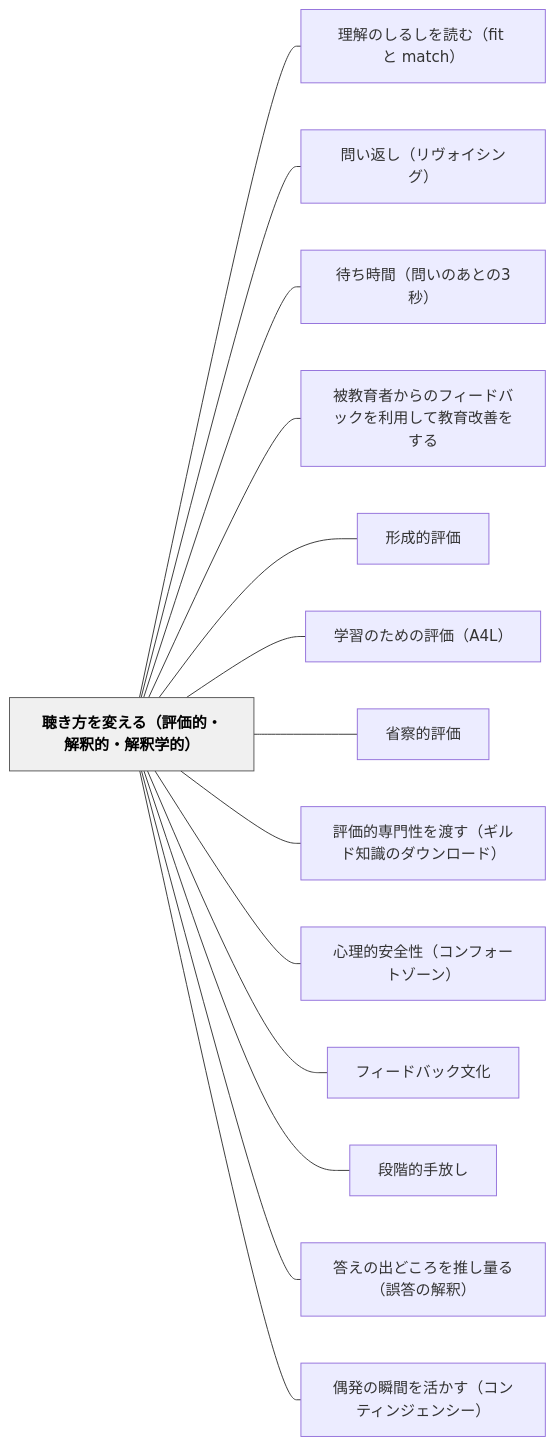
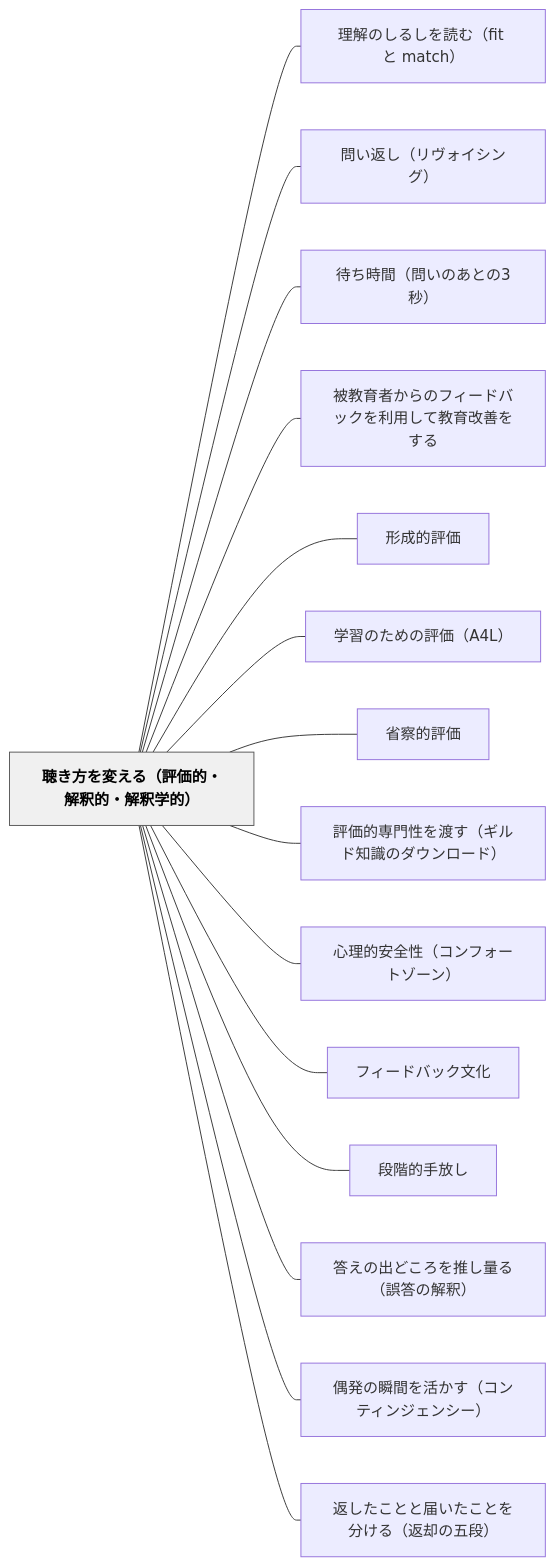
One commit to unknownthings-ed-patterns/unknownthings-ed-patterns changed the diagram in content/パタン/聴き方を変える（評価的・解釈的・解釈学的）.md. Above: the diagram before and after it, drawn with Mermaid. The commit also changed other lines of this file and 14 other files, not shown here.

````diff
--- a/content/パタン/聴き方を変える（評価的・解釈的・解釈学的）.md
+++ b/content/パタン/聴き方を変える（評価的・解釈的・解釈学的）.md
@@ -209,34 +210,36 @@
 ```mermaid
 flowchart LR
     ne881b4e3818de696b9e38292e5a489e38188e3828befbc88e8a995e4bea1e79a84e383bbe8a7a3e98788e79a84e383bbe8a7a3e98788e5ada6e79a84efbc89["聴き方を変える（評価的・解釈的・解釈学的）"]
     ne79086e8a7a3e381aee38197e3828be38197e38292e8aaade38280efbc8866697420e381a8206d61746368efbc89["理解のしるしを読む（fit と match）"]
     ne5958fe38184e8bf94e38197efbc88e383aae383b4e382a9e382a4e382b7e383b3e382b0efbc89["問い返し（リヴォイシング）"]
     ne5be85e381a1e69982e99693efbc88e5958fe38184e381aee38182e381a8e381ae33e7a792efbc89["待ち時間（問いのあとの3秒）"]
     ne8a2abe69599e882b2e88085e3818be38289e381aee38395e382a3e383bce38389e38390e38383e382afe38292e588a9e794a8e38197e381a6e69599e882b2e694b9e59684e38292e38199e3828b["被教育者からのフィードバックを利用して教育改善をする"]
     ne5bda2e68890e79a84e8a995e4bea1["形成的評価"]
     ne5ada6e7bf92e381aee3819fe38281e381aee8a995e4bea1efbc8841344cefbc89["学習のための評価（A4L）"]
     ne79c81e5af9fe79a84e8a995e4bea1["省察的評価"]
     ne8a995e4bea1e79a84e5b082e99680e680a7e38292e6b8a1e38199efbc88e382aee383abe38389e79fa5e8ad98e381aee38380e382a6e383b3e383ade383bce38389efbc89["評価的専門性を渡す（ギルド知識のダウンロード）"]
     ne5bf83e79086e79a84e5ae89e585a8e680a7efbc88e382b3e383b3e38395e382a9e383bce38388e382bee383bce383b3efbc89["心理的安全性（コンフォートゾーン）"]
     ne38395e382a3e383bce38389e38390e38383e382afe69687e58c96["フィードバック文化"]
     ne6aeb5e99a8ee79a84e6898be694bee38197["段階的手放し"]
     ne7ad94e38188e381aee587bae381a9e38193e3828de38292e68ea8e38197e9878fe3828befbc88e8aaa4e7ad94e381aee8a7a3e98788efbc89["答えの出どころを推し量る（誤答の解釈）"]
     ne581b6e799bae381aee79eace99693e38292e6b4bbe3818be38199efbc88e382b3e383b3e38386e382a3e383b3e382b8e382a7e383b3e382b7e383bcefbc89["偶発の瞬間を活かす（コンティンジェンシー）"]
+    ne8bf94e38197e3819fe38193e381a8e381a8e5b18ae38184e3819fe38193e381a8e38292e58886e38191e3828befbc88e8bf94e58db4e381aee4ba94e6aeb5efbc89["返したことと届いたことを分ける（返却の五段）"]
 
     ne881b4e3818de696b9e38292e5a489e38188e3828befbc88e8a995e4bea1e79a84e383bbe8a7a3e98788e79a84e383bbe8a7a3e98788e5ada6e79a84efbc89 --- ne79086e8a7a3e381aee38197e3828be38197e38292e8aaade38280efbc8866697420e381a8206d61746368efbc89
     ne881b4e3818de696b9e38292e5a489e38188e3828befbc88e8a995e4bea1e79a84e383bbe8a7a3e98788e79a84e383bbe8a7a3e98788e5ada6e79a84efbc89 --- ne5958fe38184e8bf94e38197efbc88e383aae383b4e382a9e382a4e382b7e383b3e382b0efbc89
     ne881b4e3818de696b9e38292e5a489e38188e3828befbc88e8a995e4bea1e79a84e383bbe8a7a3e98788e79a84e383bbe8a7a3e98788e5ada6e79a84efbc89 --- ne5be85e381a1e69982e99693efbc88e5958fe38184e381aee38182e381a8e381ae33e7a792efbc89
     ne881b4e3818de696b9e38292e5a489e38188e3828befbc88e8a995e4bea1e79a84e383bbe8a7a3e98788e79a84e383bbe8a7a3e98788e5ada6e79a84efbc89 --- ne8a2abe69599e882b2e88085e3818be38289e381aee38395e382a3e383bce38389e38390e38383e382afe38292e588a9e794a8e38197e381a6e69599e882b2e694b9e59684e38292e38199e3828b
     ne881b4e3818de696b9e38292e5a489e38188e3828befbc88e8a995e4bea1e79a84e383bbe8a7a3e98788e79a84e383bbe8a7a3e98788e5ada6e79a84efbc89 --- ne5bda2e68890e79a84e8a995e4bea1
     ne881b4e3818de696b9e38292e5a489e38188e3828befbc88e8a995e4bea1e79a84e383bbe8a7a3e98788e79a84e383bbe8a7a3e98788e5ada6e79a84efbc89 --- ne5ada6e7bf92e381aee3819fe38281e381aee8a995e4bea1efbc8841344cefbc89
     ne881b4e3818de696b9e38292e5a489e38188e3828befbc88e8a995e4bea1e79a84e383bbe8a7a3e98788e79a84e383bbe8a7a3e98788e5ada6e79a84efbc89 --- ne79c81e5af9fe79a84e8a995e4bea1
     ne881b4e3818de696b9e38292e5a489e38188e3828befbc88e8a995e4bea1e79a84e383bbe8a7a3e98788e79a84e383bbe8a7a3e98788e5ada6e79a84efbc89 --- ne8a995e4bea1e79a84e5b082e99680e680a7e38292e6b8a1e38199efbc88e382aee383abe38389e79fa5e8ad98e381aee38380e382a6e383b3e383ade383bce38389efbc89
     ne881b4e3818de696b9e38292e5a489e38188e3828befbc88e8a995e4bea1e79a84e383bbe8a7a3e98788e79a84e383bbe8a7a3e98788e5ada6e79a84efbc89 --- ne5bf83e79086e79a84e5ae89e585a8e680a7efbc88e382b3e383b3e38395e382a9e383bce38388e382bee383bce383b3efbc89
     ne881b4e3818de696b9e38292e5a489e38188e3828befbc88e8a995e4bea1e79a84e383bbe8a7a3e98788e79a84e383bbe8a7a3e98788e5ada6e79a84efbc89 --- ne38395e382a3e383bce38389e38390e38383e382afe69687e58c96
     ne881b4e3818de696b9e38292e5a489e38188e3828befbc88e8a995e4bea1e79a84e383bbe8a7a3e98788e79a84e383bbe8a7a3e98788e5ada6e79a84efbc89 --- ne6aeb5e99a8ee79a84e6898be694bee38197
     ne881b4e3818de696b9e38292e5a489e38188e3828befbc88e8a995e4bea1e79a84e383bbe8a7a3e98788e79a84e383bbe8a7a3e98788e5ada6e79a84efbc89 --- ne7ad94e38188e381aee587bae381a9e38193e3828de38292e68ea8e38197e9878fe3828befbc88e8aaa4e7ad94e381aee8a7a3e98788efbc89
     ne881b4e3818de696b9e38292e5a489e38188e3828befbc88e8a995e4bea1e79a84e383bbe8a7a3e98788e79a84e383bbe8a7a3e98788e5ada6e79a84efbc89 --- ne581b6e799bae381aee79eace99693e38292e6b4bbe3818be38199efbc88e382b3e383b3e38386e382a3e383b3e382b8e382a7e383b3e382b7e383bcefbc89
+    ne881b4e3818de696b9e38292e5a489e38188e3828befbc88e8a995e4bea1e79a84e383bbe8a7a3e98788e79a84e383bbe8a7a3e98788e5ada6e79a84efbc89 --- ne8bf94e38197e3819fe38193e381a8e381a8e5b18ae38184e3819fe38193e381a8e38292e58886e38191e3828befbc88e8bf94e58db4e381aee4ba94e6aeb5efbc89
 
     classDef hub fill:#f0f0f0,stroke:#555,color:#000,font-weight:bold
     class ne881b4e3818de696b9e38292e5a489e38188e3828befbc88e8a995e4bea1e79a84e383bbe8a7a3e98788e79a84e383bbe8a7a3e98788e5ada6e79a84efbc89 hub
 ```
````
